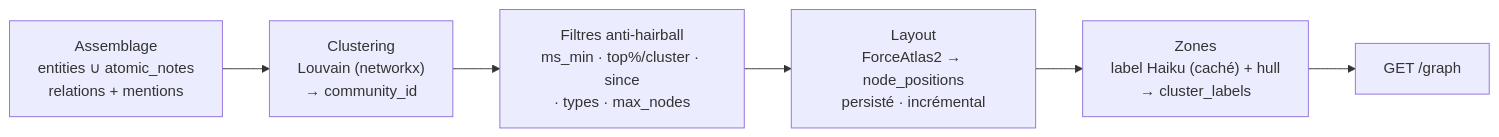
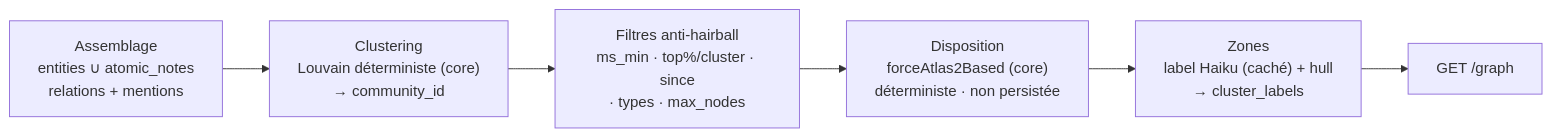
One commit to alexisraitano-myffu/sinam-backend changed the third of 5 diagrams in docs/ARCHITECTURE.md. Above: the diagram before and after it, drawn with Mermaid. The commit also changed other lines of this file and 1 other file, not shown here.

````diff
--- a/docs/ARCHITECTURE.md
+++ b/docs/ARCHITECTURE.md
@@ -298,8 +300,8 @@
 ```mermaid
 flowchart LR
-  A["Assemblage<br/>entities ∪ atomic_notes<br/>relations + mentions"] --> C["Clustering<br/>Louvain (networkx)<br/>→ community_id"]
+  A["Assemblage<br/>entities ∪ atomic_notes<br/>relations + mentions"] --> C["Clustering<br/>Louvain déterministe (core)<br/>→ community_id"]
   C --> F["Filtres anti-hairball<br/>ms_min · top%/cluster · since<br/>· types · max_nodes"]
-  F --> L["Layout<br/>ForceAtlas2 → node_positions<br/>persisté · incrémental"]
+  F --> L["Disposition<br/>forceAtlas2Based (core)<br/>déterministe · non persistée"]
   L --> H["Zones<br/>label Haiku (caché) + hull<br/>→ cluster_labels"]
   H --> O["GET /graph"]
 ```
````
